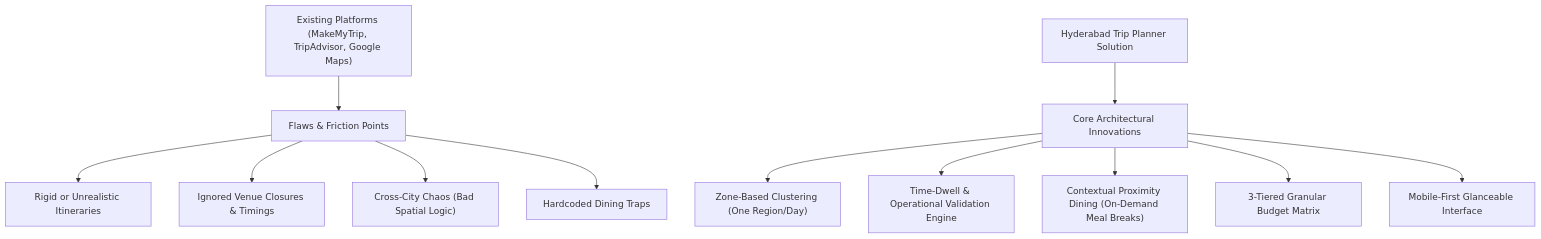
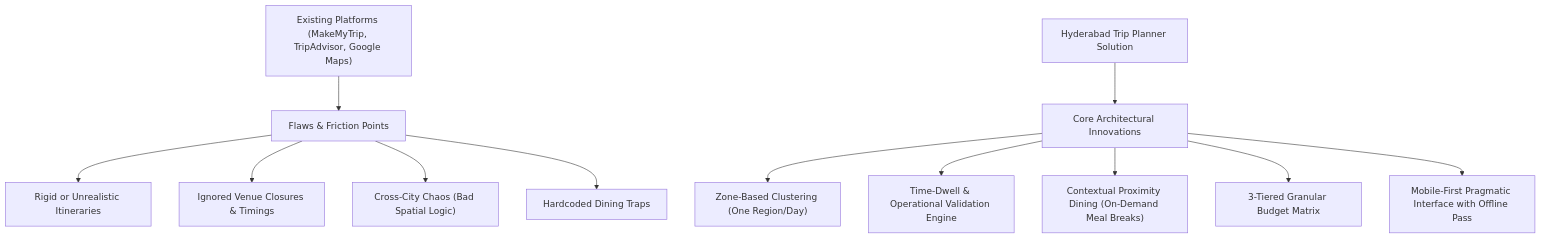
One commit to NIFT-Information-Architecture-2026/Ankita_BD-24-618 changed the diagram in NARRATIVE_OBJECTIVES.md. Above: the diagram before and after it, drawn with Mermaid. The commit also changed other lines of this file, not shown here.

Commit message:
docs(ux): finalize Phase 1 narrative spec with offline pass, transit modes, and pragmatic tone

````diff
--- a/NARRATIVE_OBJECTIVES.md
+++ b/NARRATIVE_OBJECTIVES.md
@@ -34,15 +34,15 @@
 ```mermaid
 flowchart TD
     A["Existing Platforms (MakeMyTrip, TripAdvisor, Google Maps)"] --> B["Flaws & Friction Points"]
     B --> C1["Rigid or Unrealistic Itineraries"]
     B --> C2["Ignored Venue Closures & Timings"]
     B --> C3["Cross-City Chaos (Bad Spatial Logic)"]
     B --> C4["Hardcoded Dining Traps"]
 
     D["Hyderabad Trip Planner Solution"] --> E["Core Architectural Innovations"]
     E --> F1["Zone-Based Clustering (One Region/Day)"]
     E --> F2["Time-Dwell & Operational Validation Engine"]
     E --> F3["Contextual Proximity Dining (On-Demand Meal Breaks)"]
     E --> F4["3-Tiered Granular Budget Matrix"]
-    E --> F5["Mobile-First Glanceable Interface"]
+    E --> F5["Mobile-First Pragmatic Interface with Offline Pass"]
 ```
````
